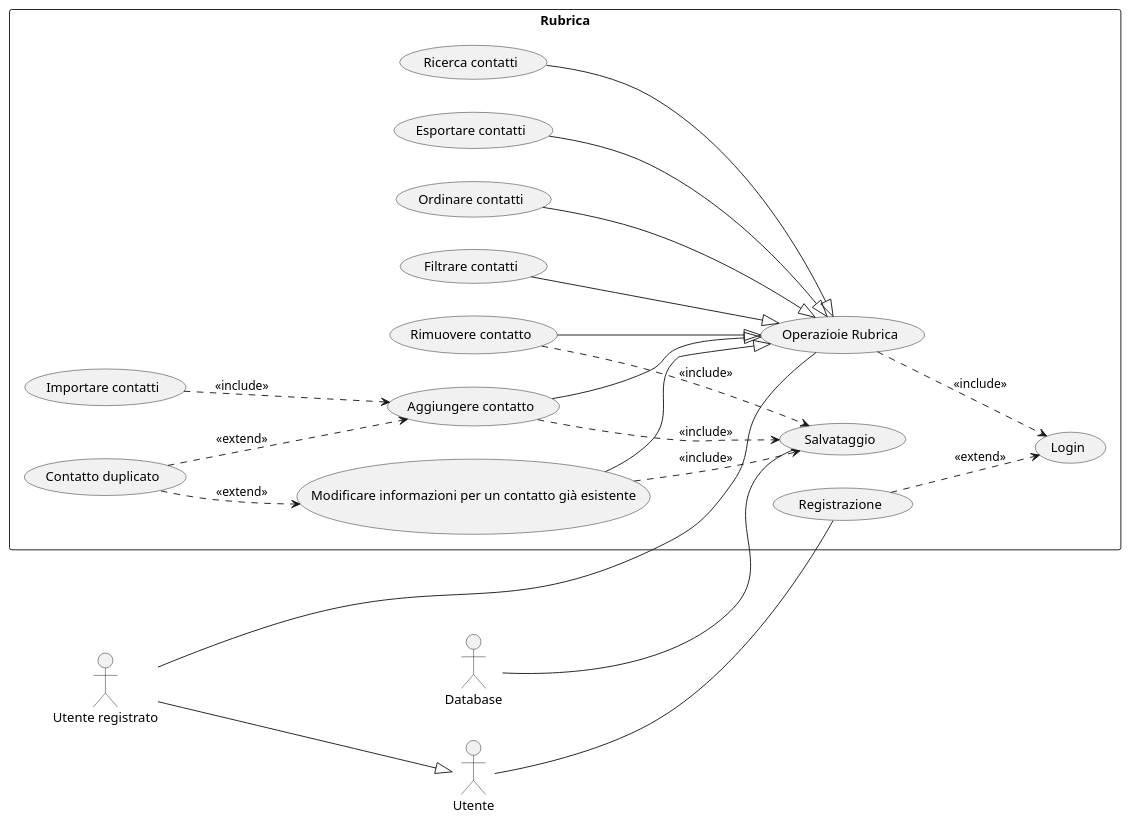
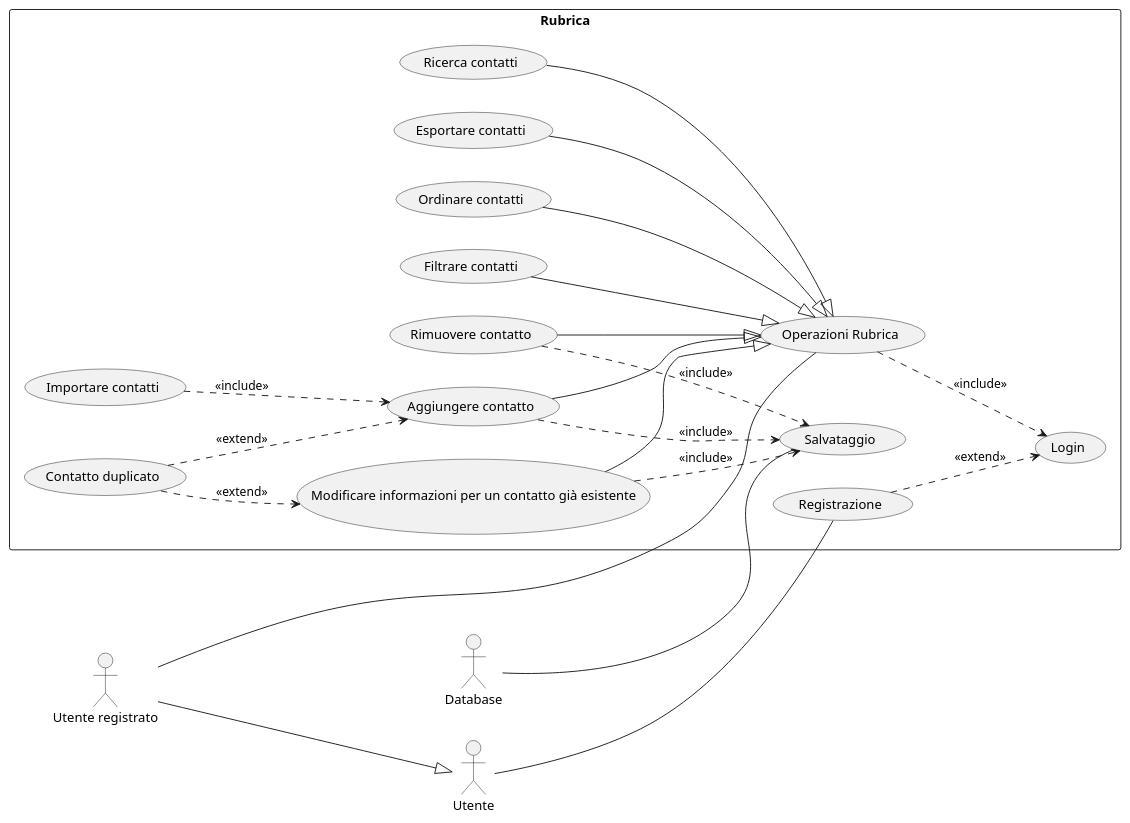
The diagram in src/main/java/com/mycompany/rubrica_progetto_ids/uml/diagrammaCasiUso.puml (CupoMeridio/Ingegneria-del-software-2024-2025), drawn with PlantUML before and after one commit.

Commit message:
Piccola correzione ortografica nel diagramma dei casi d'uso

```diff
--- a/src/main/java/com/mycompany/rubrica_progetto_ids/uml/diagrammaCasiUso.puml
+++ b/src/main/java/com/mycompany/rubrica_progetto_ids/uml/diagrammaCasiUso.puml
@@ -1,54 +1,54 @@
 @startuml
 left to right direction
 actor Utente as u
 actor "Utente registrato" as ur
 actor "Database" as db
 rectangle Rubrica{
-    usecase "Operazioie Rubrica" as or
+    usecase "Operazioni Rubrica" as or
     usecase "Registrazione" as reg
     usecase "Login" as log
     usecase "Aggiungere contatto" as agg
     usecase "Rimuovere contatto" as rim
     usecase "Modificare informazioni per un contatto già esistente" as mod
     usecase "Ricerca contatti" as ric
     usecase "Importare contatti" as imp
     usecase "Esportare contatti" as esp
     usecase "Ordinare contatti" as ord
     usecase "Filtrare contatti" as fil
     usecase "Contatto duplicato" as cont
     usecase "Salvataggio" as salva
 }
 
 
 
 ur--or
 
 db--salva
 
 u--reg
 ur --|>u
 
 
 
 reg ..>log: <<extend>>
 or ..>log: <<include>>
 agg --|>or
 rim --|>or
 mod --|>or
 ric --|>or
 imp ..>agg: <<include>>
 esp --|>or
 fil --|>or
 ord --|>or
 cont ..>agg: <<extend>>
 cont ..>mod: <<extend>>
 agg ..>salva: <<include>>
 mod ..>salva: <<include>>
 
 rim ..>salva: <<include>>
 
 
 
 
 
 @enduml
```
